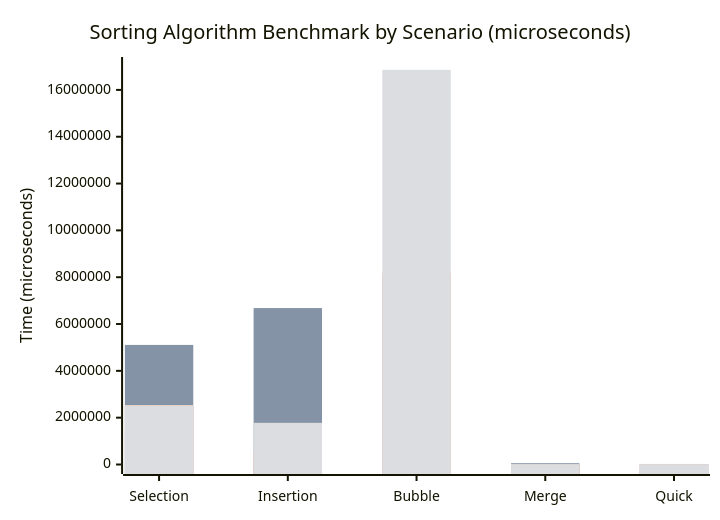
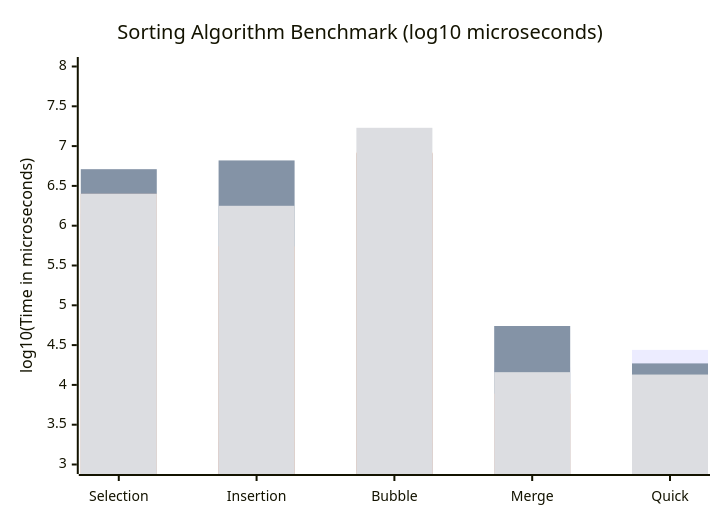
One commit to Aptuo/Benchmark-Algorithms-Sorting changed the diagram in README.md. Above: the diagram before and after it, drawn with Mermaid. The commit also changed other lines of this file, not shown here.

Commit message:
Make fast benchmark results visible with logarithmic chart scale

````diff
--- a/README.md
+++ b/README.md
@@ -24,10 +26,10 @@
 ```mermaid
 xychart-beta
-    title "Sorting Algorithm Benchmark by Scenario (microseconds)"
+    title "Sorting Algorithm Benchmark (log10 microseconds)"
     x-axis ["Selection", "Insertion", "Bubble", "Merge", "Quick"]
-    y-axis "Time (microseconds)" 0 --> 17000000
-    bar "Sorted" [1417768, 1888, 1853, 16430, 27389]
-    bar "Reverse" [5108022, 6681888, 8034224, 55391, 18526]
-    bar "Partial" [2534388, 545433, 8242685, 7767, 11500]
-    bar "Random" [2523922, 1779466, 16856373, 14543, 13493]
+    y-axis "log10(Time in microseconds)" 3 --> 8
+    bar "Sorted" [6.15, 3.28, 3.27, 4.22, 4.44]
+    bar "Reverse" [6.71, 6.82, 6.91, 4.74, 4.27]
+    bar "Partial" [6.40, 5.74, 6.92, 3.89, 4.06]
+    bar "Random" [6.40, 6.25, 7.23, 4.16, 4.13]
 ```
````
